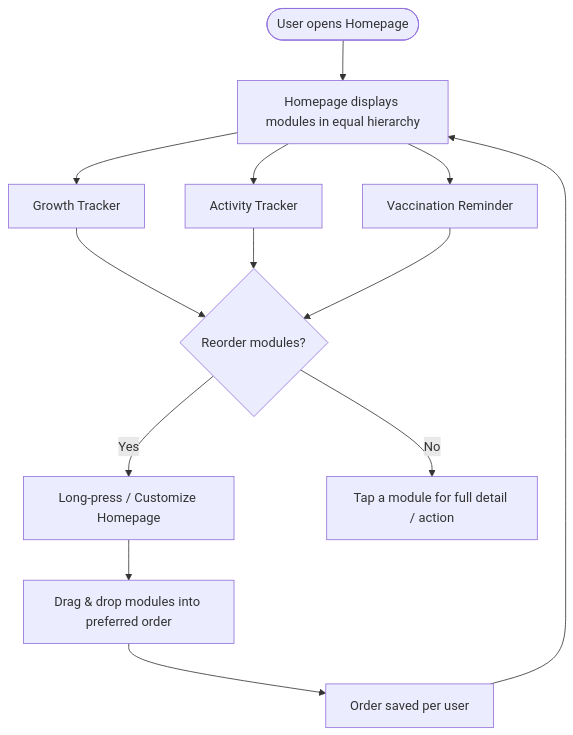
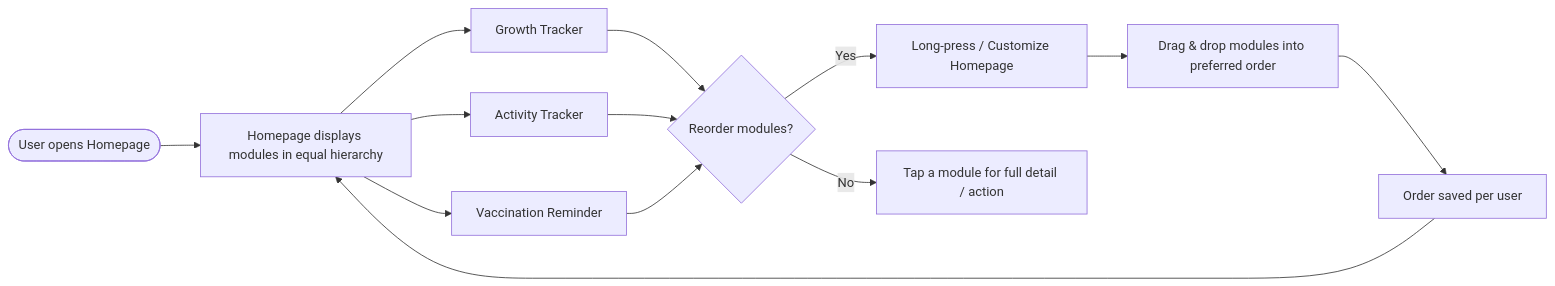
The diagram in content/slides/tentang-anak/index.md (maulanna-enoch/markdown-slides), drawn with Mermaid before and after one commit. The commit also changed other lines of this file, not shown here.

````diff
--- a/content/slides/tentang-anak/index.md
+++ b/content/slides/tentang-anak/index.md
@@ -160,18 +160,18 @@
 ```mermaid
-flowchart TD
+flowchart LR
     Start([User opens Homepage]) --> Modules[Homepage displays modules in equal hierarchy]
     Modules --> GT[Growth Tracker]
     Modules --> AT[Activity Tracker]
     Modules --> VR[Vaccination Reminder]
  
     GT --> Reorder{Reorder modules?}
     AT --> Reorder
     VR --> Reorder
  
     Reorder -- Yes --> Customize[Long-press / Customize Homepage]
     Customize --> DragDrop[Drag & drop modules into preferred order]
     DragDrop --> Save[Order saved per user]
     Save --> Modules
  
     Reorder -- No --> Detail[Tap a module for full detail / action]
 ```
````
